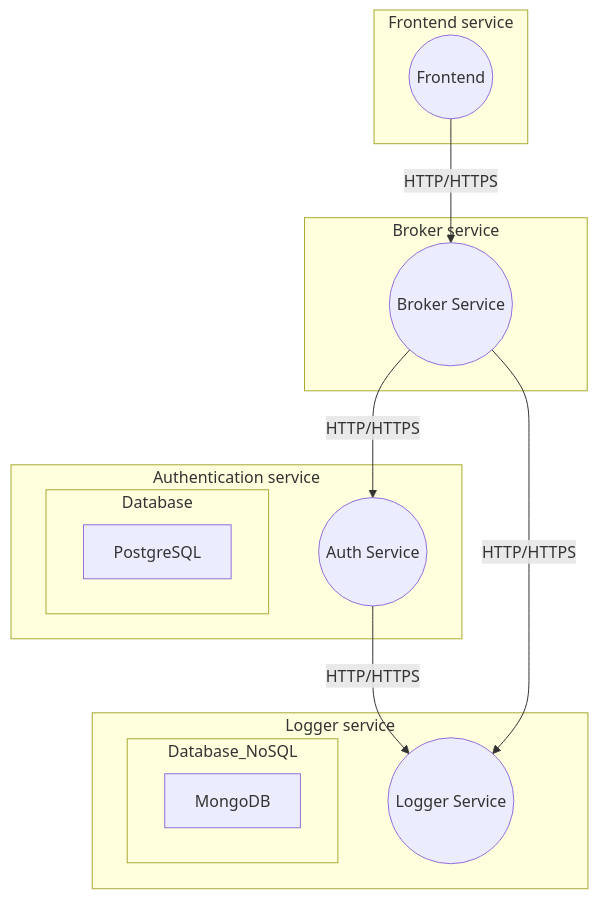
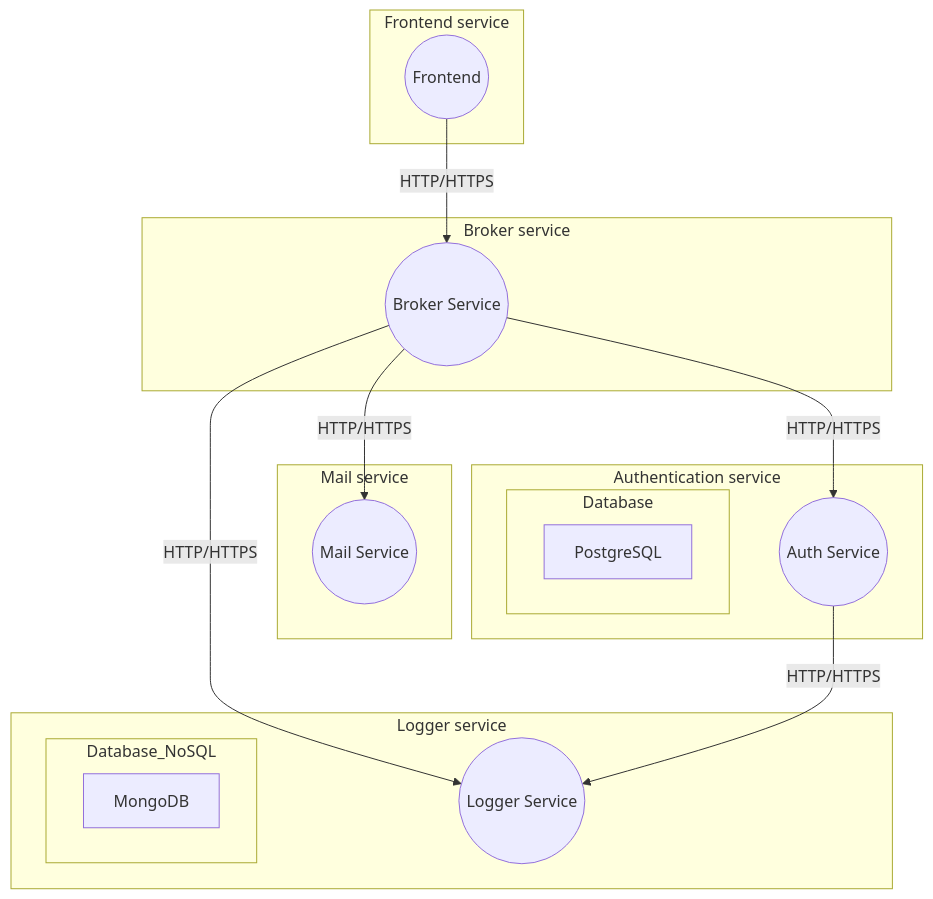
One commit to konstantin-evo/microservices-in-go changed the diagram in readme.md. Above: the diagram before and after it, drawn with Mermaid. The commit also changed other lines of this file and 3 other files, not shown here.

````diff
--- a/readme.md
+++ b/readme.md
@@ -18,33 +118,38 @@
 ```mermaid
 graph TD
     subgraph Frontend service
         Frontend((Frontend))
     end
 
     subgraph Broker service
         Broker((Broker Service))
     end
 
     subgraph Authentication service
         Auth((Auth Service))
         Database
     end
 
     subgraph Logger service
         Logger((Logger Service))
         Database_NoSQL
     end
 
+    subgraph Mail service
+        Mail((Mail Service))
+    end
+
     subgraph Database
         PostgreSQL
     end
 
     subgraph Database_NoSQL
         MongoDB
     end
 
     Frontend -- HTTP/HTTPS --> Broker
-    Auth -- HTTP/HTTPS --> Logger
     Broker -- HTTP/HTTPS --> Auth
     Broker -- HTTP/HTTPS --> Logger
+    Broker -- HTTP/HTTPS --> Mail
+    Auth -- HTTP/HTTPS --> Logger
 ```
````
